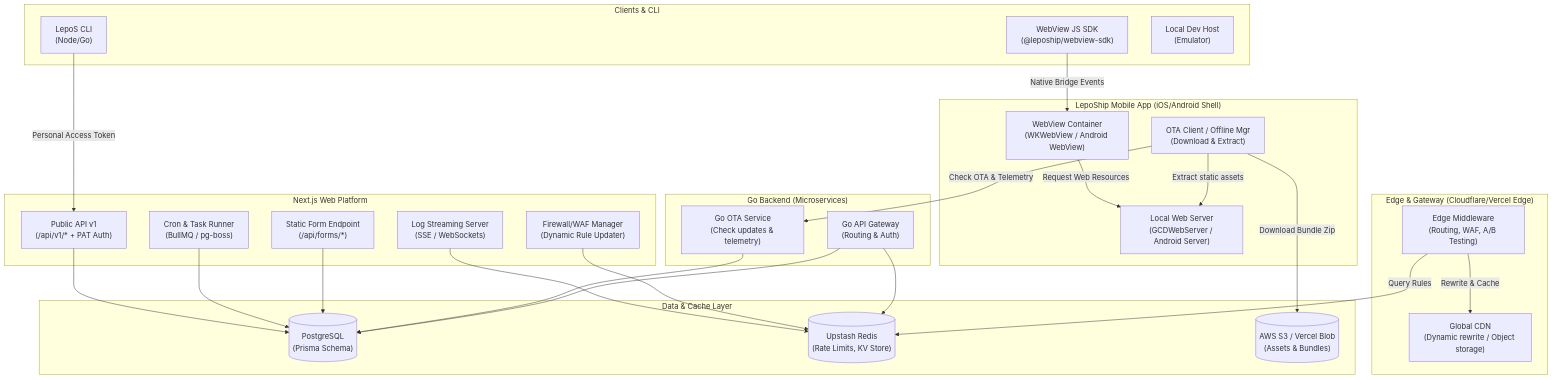
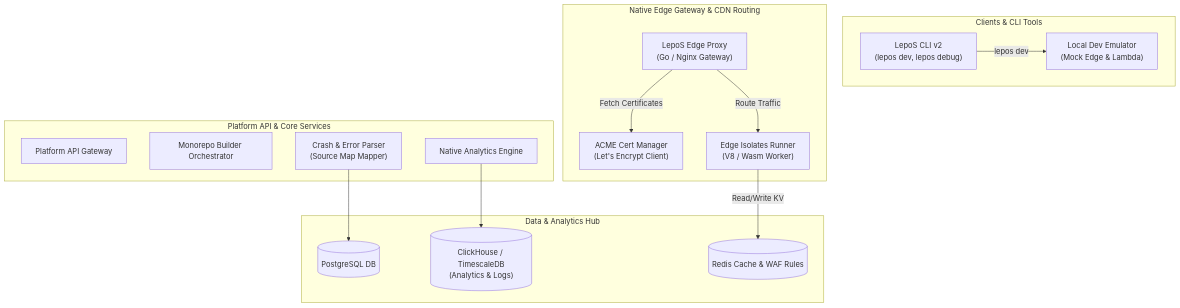
One commit to namhoangdev31/RustAlgorithmTrading changed the diagram in nextjs/docs/feature_gap_resolution_plan.md. Above: the diagram before and after it, drawn with Mermaid. The commit also changed other lines of this file and 171 other files, not shown here.

Commit message:
feat: implement native platform infrastructure, SCIM provisioning, marketplace analytics, and edge-gateway support

````diff
--- a/nextjs/docs/feature_gap_resolution_plan.md
+++ b/nextjs/docs/feature_gap_resolution_plan.md
@@ -11,60 +11,34 @@
 ```mermaid
 graph TB
-    subgraph "Clients & CLI"
-        CLI["LepoS CLI<br/>(Node/Go)"]
-        WVS["WebView JS SDK<br/>(@lepoship/webview-sdk)"]
-        DEV["Local Dev Host<br/>(Emulator)"]
+    subgraph "Clients & CLI Tools"
+        CLI["LepoS CLI v2<br/>(lepos dev, lepos debug)"]
+        DEV_S["Local Dev Emulator<br/>(Mock Edge & Lambda)"]
     end
 
-    subgraph "Edge & Gateway (Cloudflare/Vercel Edge)"
-        MID["Edge Middleware<br/>(Routing, WAF, A/B Testing)"]
-        CDN["Global CDN<br/>(Dynamic rewrite / Object storage)"]
+    subgraph "Native Edge Gateway & CDN Routing"
+        PROXY["LepoS Edge Proxy<br/>(Go / Nginx Gateway)"]
+        ACME["ACME Cert Manager<br/>(Let's Encrypt Client)"]
+        EDGE_F["Edge Isolates Runner<br/>(V8 / Wasm Worker)"]
     end
 
-    subgraph "Next.js Web Platform"
-        API["Public API v1<br/>(/api/v1/* + PAT Auth)"]
-        SSE["Log Streaming Server<br/>(SSE / WebSockets)"]
-        WAF_M["Firewall/WAF Manager<br/>(Dynamic Rule Updater)"]
-        CRON["Cron & Task Runner<br/>(BullMQ / pg-boss)"]
-        FORM["Static Form Endpoint<br/>(/api/forms/*)"]
+    subgraph "Platform API & Core Services"
+        API["Platform API Gateway"]
+        MONO["Monorepo Builder Orchestrator"]
+        ANALYTICS["Native Analytics Engine"]
+        CRASH["Crash & Error Parser<br/>(Source Map Mapper)"]
     end
 
-    subgraph "Go Backend (Microservices)"
-        GO_API["Go API Gateway<br/>(Routing & Auth)"]
-        GO_OTA["Go OTA Service<br/>(Check updates & telemetry)"]
+    subgraph "Data & Analytics Hub"
+        DB[("PostgreSQL DB")]
+        CH[("ClickHouse / TimescaleDB<br/>(Analytics & Logs)")]
+        REDIS[("Redis Cache & WAF Rules")]
     end
 
-    subgraph "LepoShip Mobile App (iOS/Android Shell)"
-        LWS["Local Web Server<br/>(GCDWebServer / Android Server)"]
-        WV["WebView Container<br/>(WKWebView / Android WebView)"]
-        OTA_C["OTA Client / Offline Mgr<br/>(Download & Extract)"]
-    end
-
-    subgraph "Data & Cache Layer"
-        DB[("PostgreSQL<br/>(Prisma Schema)")]
-        REDIS[("Upstash Redis<br/>(Rate Limits, KV Store)")]
-        BLOB[("AWS S3 / Vercel Blob<br/>(Assets & Bundles)")]
-    end
-
-    %% Client requests
-    CLI -->|Personal Access Token| API
-    WVS -->|Native Bridge Events| WV
-    WV -->|Request Web Resources| LWS
-    OTA_C -->|Check OTA & Telemetry| GO_OTA
-    OTA_C -->|Download Bundle Zip| BLOB
-    OTA_C -->|Extract static assets| LWS
-    MID -->|Rewrite & Cache| CDN
-    MID -->|Query Rules| REDIS
-
-    %% Platform integrations
-    API --> DB
-    SSE --> REDIS
-    WAF_M --> REDIS
-    CRON --> DB
-    FORM --> DB
-
-    %% Go integrations
-    GO_OTA --> DB
-    GO_API --> DB
-    GO_API --> REDIS
+    %% Routing
+    CLI -->|lepos dev| DEV_S
+    PROXY -->|Route Traffic| EDGE_F
+    PROXY -->|Fetch Certificates| ACME
+    EDGE_F -->|Read/Write KV| REDIS
+    ANALYTICS --> CH
+    CRASH --> DB
 ```
````
